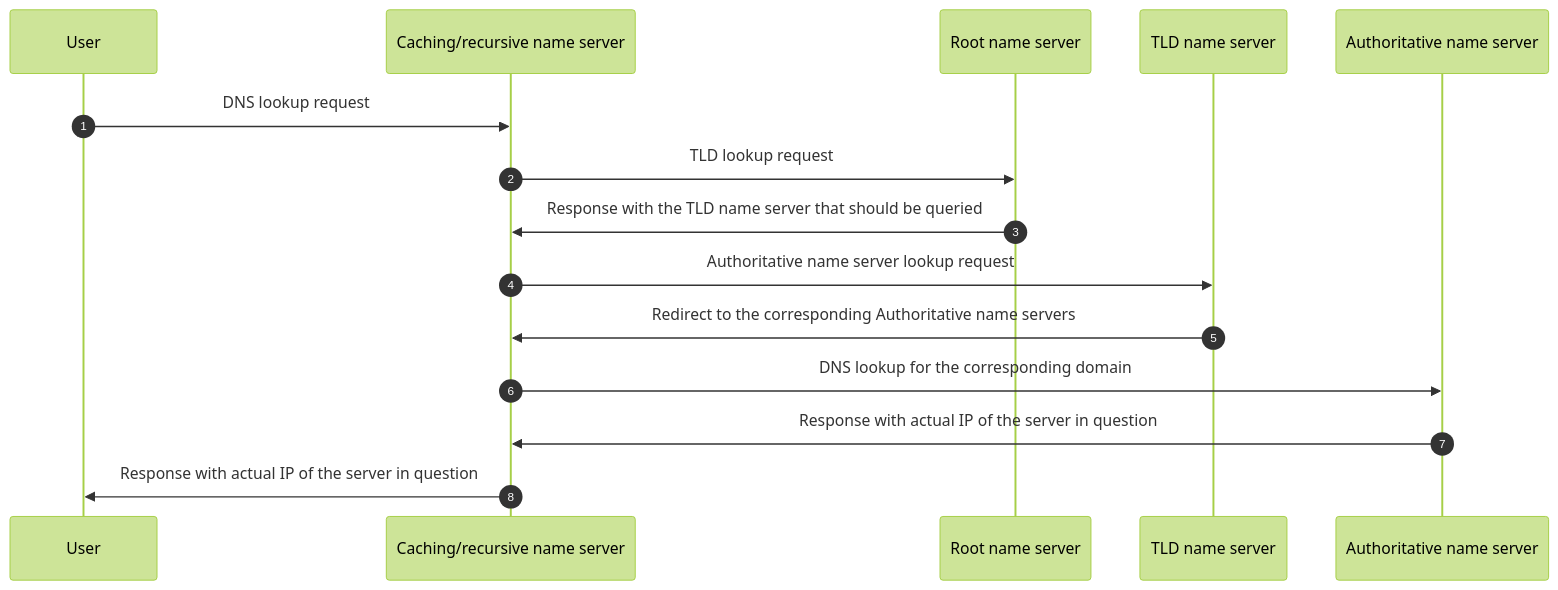
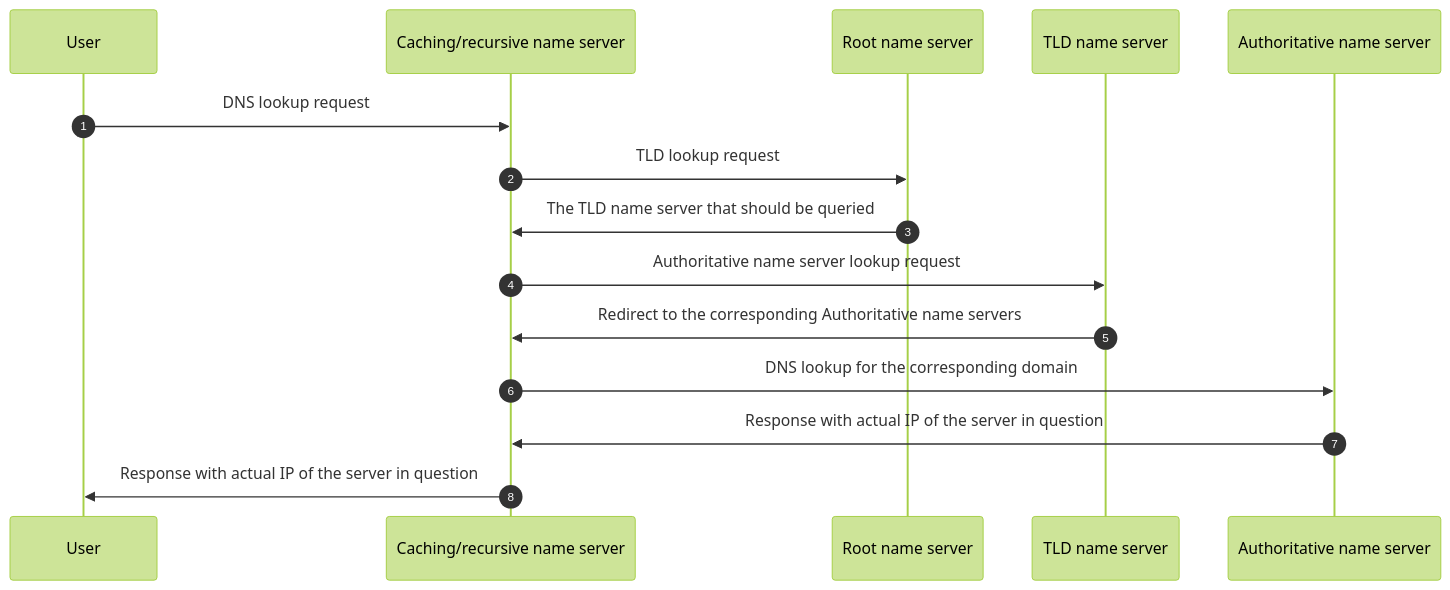
One commit to keenhenry/keenhenry.github.io changed the diagram in _posts/2024-09-01-dns-notes.md. Above: the diagram before and after it, drawn with Mermaid (forest theme). The commit also changed other lines of this file, not shown here.

````diff
--- a/_posts/2024-09-01-dns-notes.md
+++ b/_posts/2024-09-01-dns-notes.md
@@ -60,17 +81,17 @@
 ```mermaid
 sequenceDiagram
     autonumber
     participant User
     participant Caching/recursive name server
     participant Root name server
     participant TLD name server
     participant Authoritative name server
     User->>Caching/recursive name server: DNS lookup request
     Caching/recursive name server->>Root name server: TLD lookup request
-    Root name server->>Caching/recursive name server: Response with the TLD name server that should be queried
+    Root name server->>Caching/recursive name server: The TLD name server that should be queried
     Caching/recursive name server->>TLD name server: Authoritative name server lookup request
     TLD name server->>Caching/recursive name server: Redirect to the corresponding Authoritative name servers
     Caching/recursive name server->>Authoritative name server: DNS lookup for the corresponding domain
     Authoritative name server->>Caching/recursive name server: Response with actual IP of the server in question
     Caching/recursive name server->>User: Response with actual IP of the server in question
 ```
````
